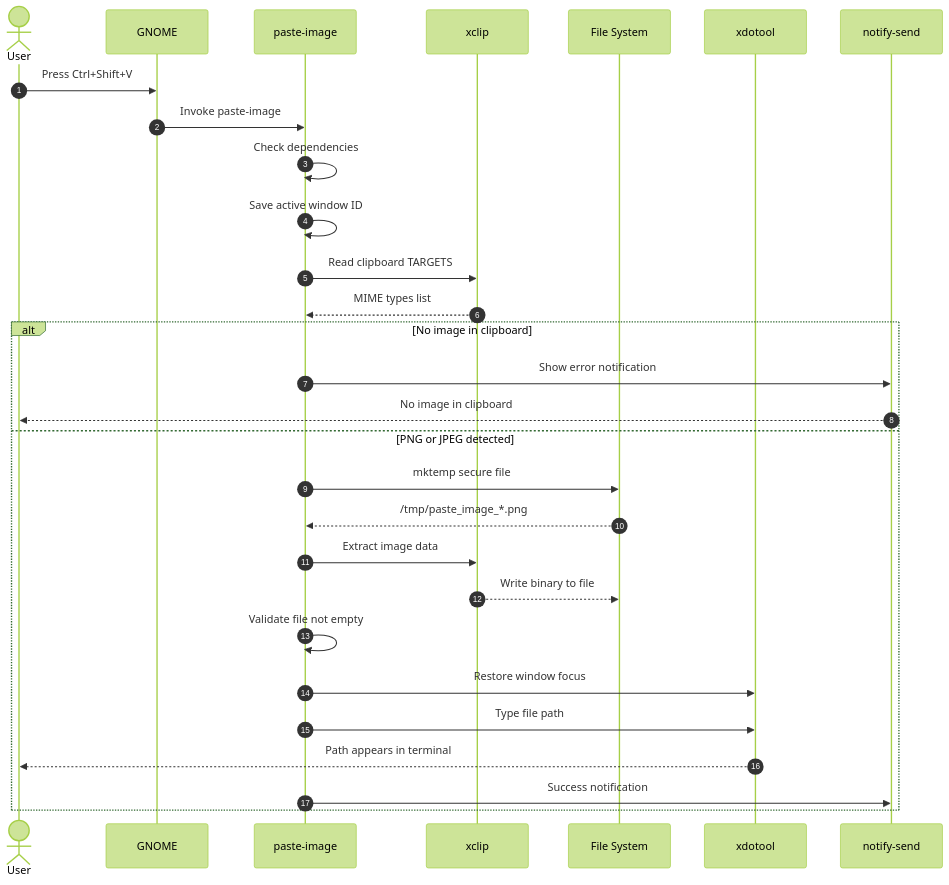
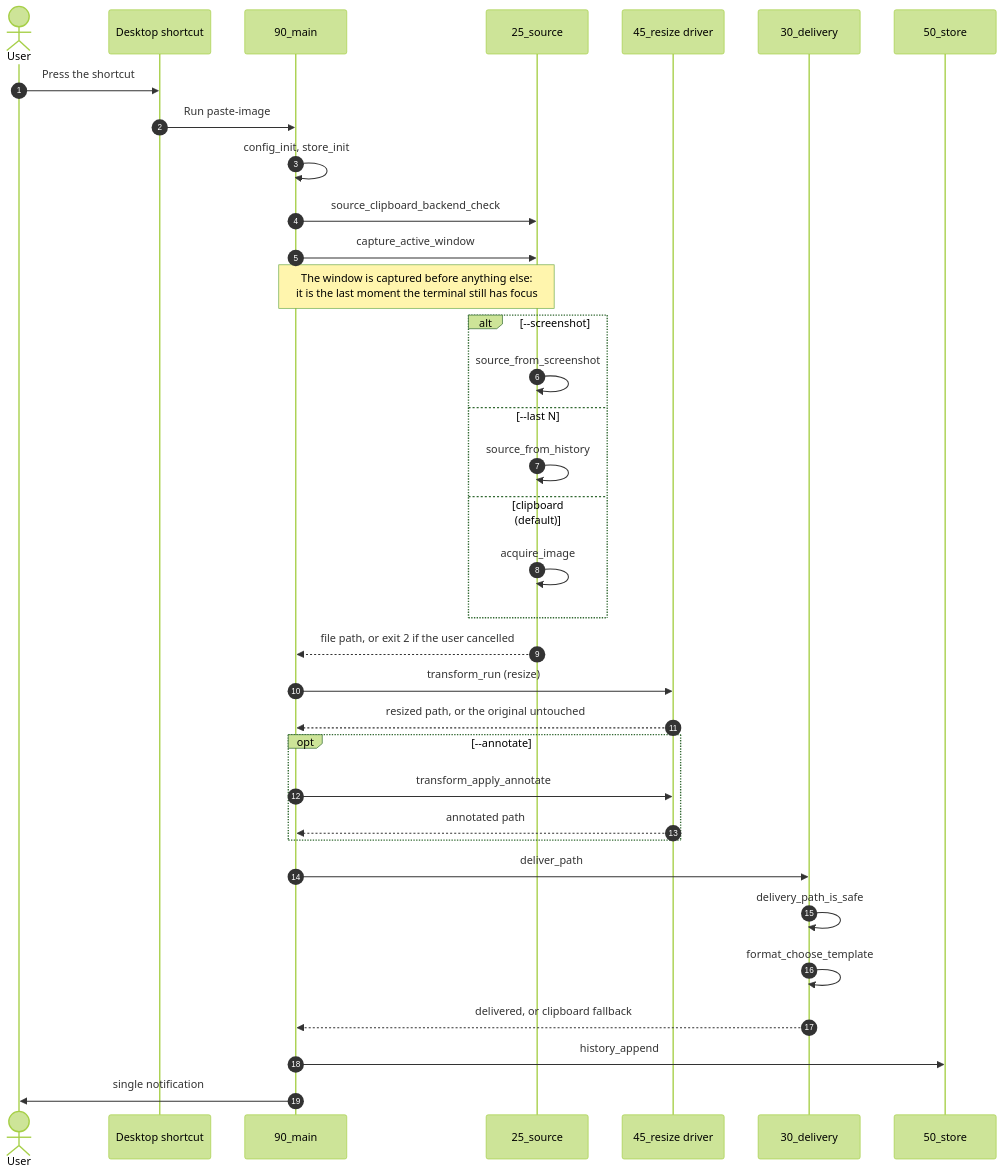
Before and after one commit to AndreaBonn/cli-image-paste: the third of 5 diagrams in docs/ARCHITECTURE.md, drawn with Mermaid (forest theme). The commit also changed other lines of this file and 1 other file, not shown here.

First line of the commit message:
docs(architecture): describe the generated build, not the removed monolith

````diff
--- a/docs/ARCHITECTURE.md
+++ b/docs/ARCHITECTURE.md
@@ -77,33 +160,43 @@
 ```mermaid
 sequenceDiagram
   autonumber
   actor user as User
-  participant gnome as GNOME
-  participant script as paste-image
-  participant xclip as xclip
-  participant fs as File System
-  participant xdotool as xdotool
-  participant notif as notify-send
+  participant desktop as Desktop shortcut
+  participant main as 90_main
+  participant src as 25_source
+  participant tf as 45_resize driver
+  participant del as 30_delivery
+  participant store as 50_store
 
-  user->>gnome: Press Ctrl+Shift+V
-  gnome->>script: Invoke paste-image
-  script->>script: Check dependencies
-  script->>script: Save active window ID
-  script->>xclip: Read clipboard TARGETS
-  xclip-->>script: MIME types list
+  user->>desktop: Press the shortcut
+  desktop->>main: Run paste-image
+  main->>main: config_init, store_init
+  main->>src: source_clipboard_backend_check
+  main->>src: capture_active_window
 
-  alt No image in clipboard
-    script->>notif: Show error notification
-    notif-->>user: No image in clipboard
-  else PNG or JPEG detected
-    script->>fs: mktemp secure file
-    fs-->>script: /tmp/paste_image_*.png
-    script->>xclip: Extract image data
-    xclip-->>fs: Write binary to file
-    script->>script: Validate file not empty
-    script->>xdotool: Restore window focus
-    script->>xdotool: Type file path
-    xdotool-->>user: Path appears in terminal
-    script->>notif: Success notification
+  Note over main,src: The window is captured before anything else:<br/>it is the last moment the terminal still has focus
+
+  alt --screenshot
+    src->>src: source_from_screenshot
+  else --last N
+    src->>src: source_from_history
+  else clipboard (default)
+    src->>src: acquire_image
   end
+  src-->>main: file path, or exit 2 if the user cancelled
+
+  main->>tf: transform_run (resize)
+  tf-->>main: resized path, or the original untouched
+
+  opt --annotate
+    main->>tf: transform_apply_annotate
+    tf-->>main: annotated path
+  end
+
+  main->>del: deliver_path
+  del->>del: delivery_path_is_safe
+  del->>del: format_choose_template
+  del-->>main: delivered, or clipboard fallback
+  main->>store: history_append
+  main->>user: single notification
 ```
````
